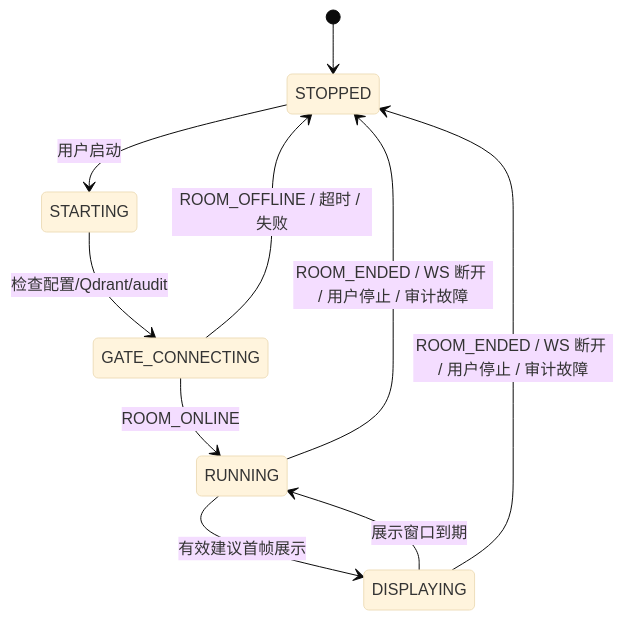
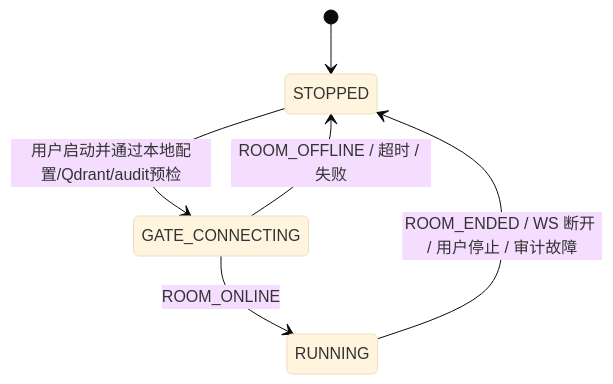
One commit to Ahsen17/douyin-echocue-standalone changed the second of 4 diagrams in docs/04-architecture/Echocue-系统架构与详细设计说明书-v0.1.md. Above: the diagram before and after it, drawn with Mermaid (base theme). The commit also changed other lines of this file and 40 other files, not shown here.

````diff
--- a/docs/04-architecture/Echocue-系统架构与详细设计说明书-v0.1.md
+++ b/docs/04-architecture/Echocue-系统架构与详细设计说明书-v0.1.md
@@ -44,12 +44,8 @@
 ```mermaid
 stateDiagram-v2
     [*] --> STOPPED
-    STOPPED --> STARTING: 用户启动
-    STARTING --> GATE_CONNECTING: 检查配置/Qdrant/audit
+    STOPPED --> GATE_CONNECTING: 用户启动并通过本地配置/Qdrant/audit预检
     GATE_CONNECTING --> RUNNING: ROOM_ONLINE
     GATE_CONNECTING --> STOPPED: ROOM_OFFLINE / 超时 / 失败
-    RUNNING --> DISPLAYING: 有效建议首帧展示
-    DISPLAYING --> RUNNING: 展示窗口到期
     RUNNING --> STOPPED: ROOM_ENDED / WS 断开 / 用户停止 / 审计故障
-    DISPLAYING --> STOPPED: ROOM_ENDED / WS 断开 / 用户停止 / 审计故障
 ```
````
